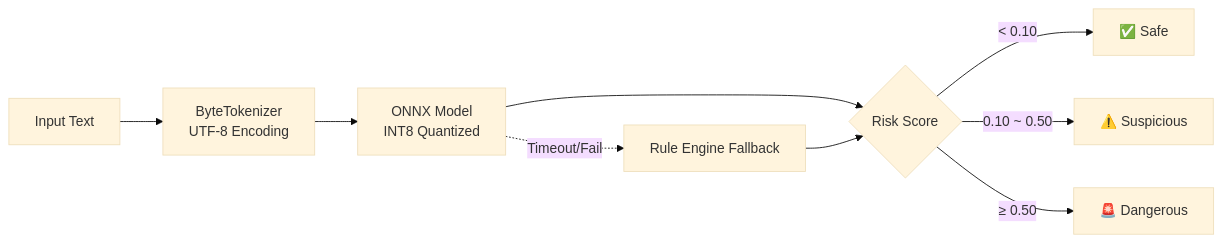
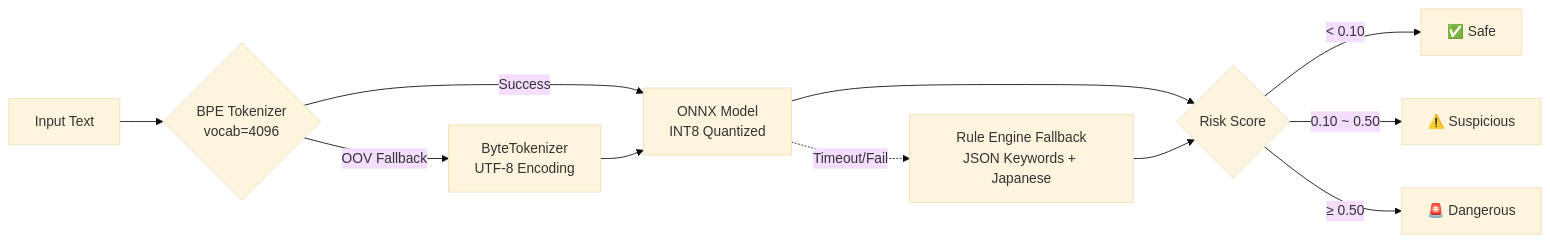
Before and after one commit to Tianshang301/TianshangGuard: the second of 3 diagrams in README.md, drawn with Mermaid (base theme). The commit also changed other lines of this file and 3 other files, not shown here.

````diff
--- a/README.md
+++ b/README.md
@@ -94,11 +131,13 @@
 ```mermaid
 flowchart LR
-    A[Input Text] --> B[ByteTokenizer<br/>UTF-8 Encoding]
-    B --> C[ONNX Model<br/>INT8 Quantized]
-    C --> D{Risk Score}
-    D -->|< 0.10| E[✅ Safe]
-    D -->|0.10 ~ 0.50| F[⚠️ Suspicious]
-    D -->|≥ 0.50| G[🚨 Dangerous]
-    C -.->|Timeout/Fail| H[Rule Engine Fallback]
-    H --> D
+    A[Input Text] --> B{BPE Tokenizer<br/>vocab=4096}
+    B -->|Success| C[ONNX Model<br/>INT8 Quantized]
+    B -->|OOV Fallback| D[ByteTokenizer<br/>UTF-8 Encoding]
+    D --> C
+    C --> E{Risk Score}
+    E -->|< 0.10| F[✅ Safe]
+    E -->|0.10 ~ 0.50| G[⚠️ Suspicious]
+    E -->|≥ 0.50| H[🚨 Dangerous]
+    C -.->|Timeout/Fail| I[Rule Engine Fallback<br/>JSON Keywords + Japanese]
+    I --> E
 ```
````
